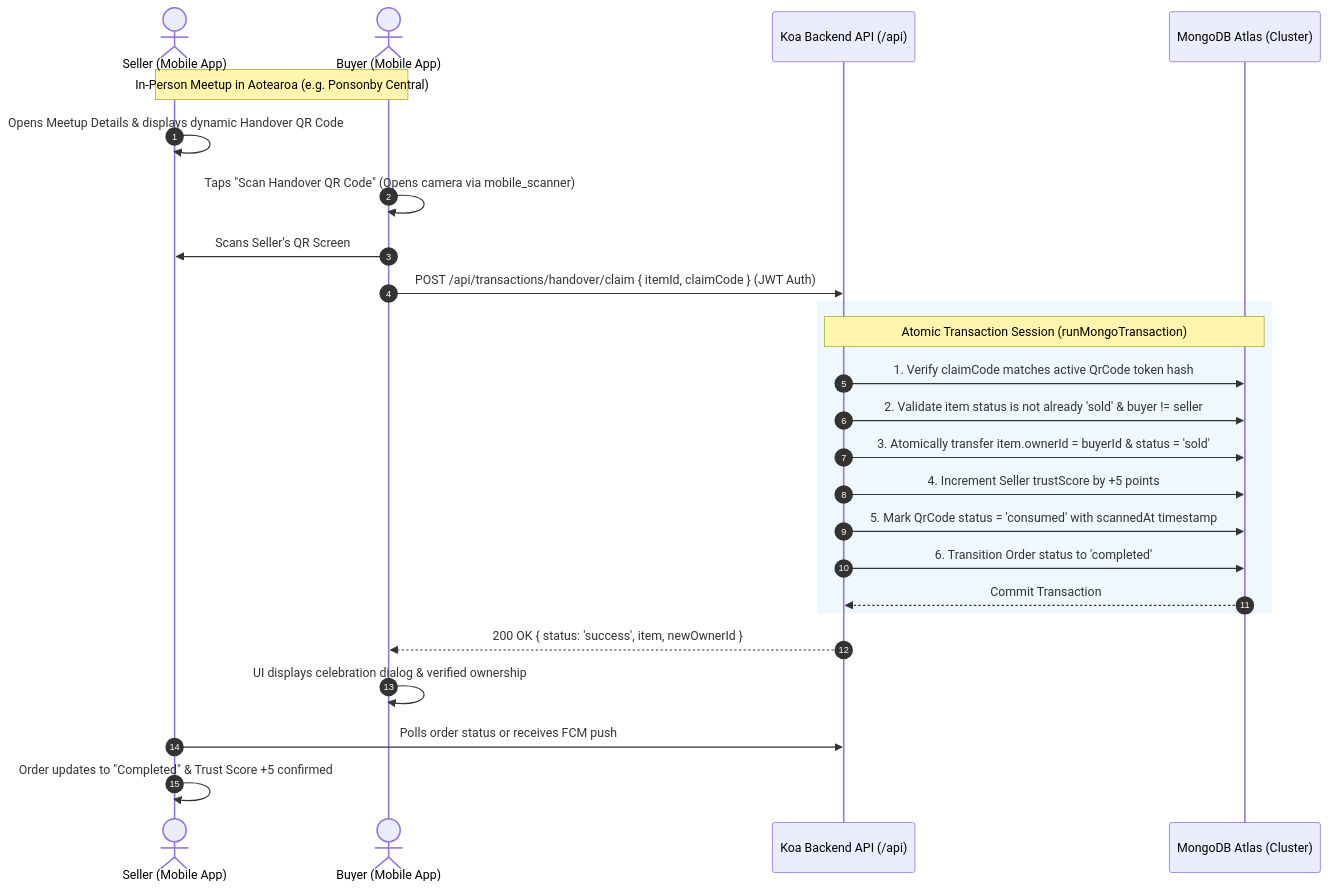
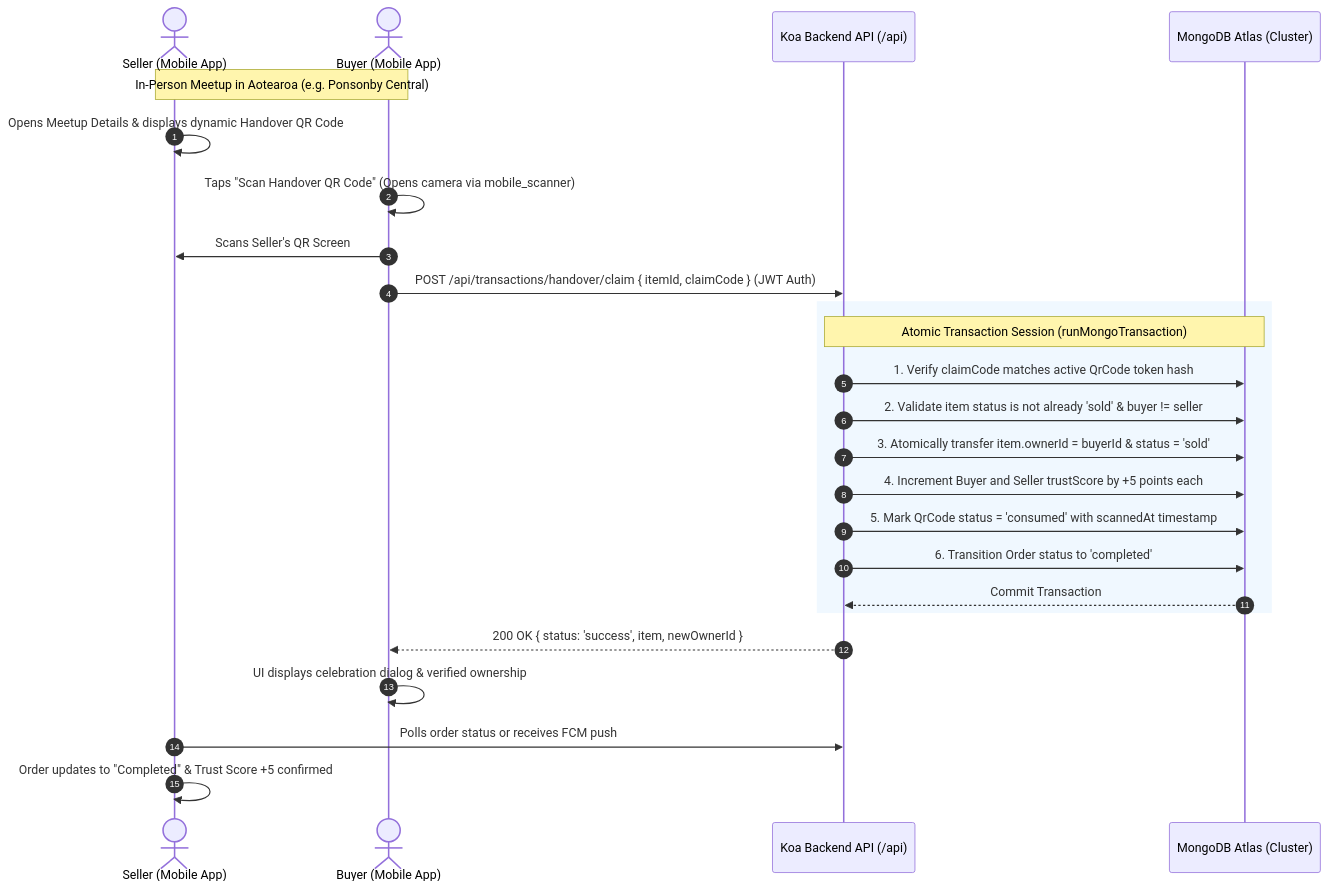
One commit to KiwiShare/kiwishare changed the second of 2 diagrams in docs/architecture.md. Above: the diagram before and after it, drawn with Mermaid. The commit also changed 22 other files, not shown here.

````diff
--- a/docs/architecture.md
+++ b/docs/architecture.md
@@ -156,30 +156,30 @@
 ```mermaid
 sequenceDiagram
     autonumber
     actor Seller as Seller (Mobile App)
     actor Buyer as Buyer (Mobile App)
     participant Server as Koa Backend API (/api)
     participant Mongo as MongoDB Atlas (Cluster)
 
     Note over Seller,Buyer: In-Person Meetup in Aotearoa (e.g. Ponsonby Central)
     Seller->>Seller: Opens Meetup Details & displays dynamic Handover QR Code
     Buyer->>Buyer: Taps "Scan Handover QR Code" (Opens camera via mobile_scanner)
     Buyer->>Seller: Scans Seller's QR Screen
     Buyer->>Server: POST /api/transactions/handover/claim { itemId, claimCode } (JWT Auth)
 
     rect rgb(240, 248, 255)
         Note over Server,Mongo: Atomic Transaction Session (runMongoTransaction)
         Server->>Mongo: 1. Verify claimCode matches active QrCode token hash
         Server->>Mongo: 2. Validate item status is not already 'sold' & buyer != seller
         Server->>Mongo: 3. Atomically transfer item.ownerId = buyerId & status = 'sold'
-        Server->>Mongo: 4. Increment Seller trustScore by +5 points
+        Server->>Mongo: 4. Increment Buyer and Seller trustScore by +5 points each
         Server->>Mongo: 5. Mark QrCode status = 'consumed' with scannedAt timestamp
         Server->>Mongo: 6. Transition Order status to 'completed'
         Mongo-->>Server: Commit Transaction
     end
 
     Server-->>Buyer: 200 OK { status: 'success', item, newOwnerId }
     Buyer->>Buyer: UI displays celebration dialog & verified ownership
     Seller->>Server: Polls order status or receives FCM push
     Seller->>Seller: Order updates to "Completed" & Trust Score +5 confirmed
 ```
````
